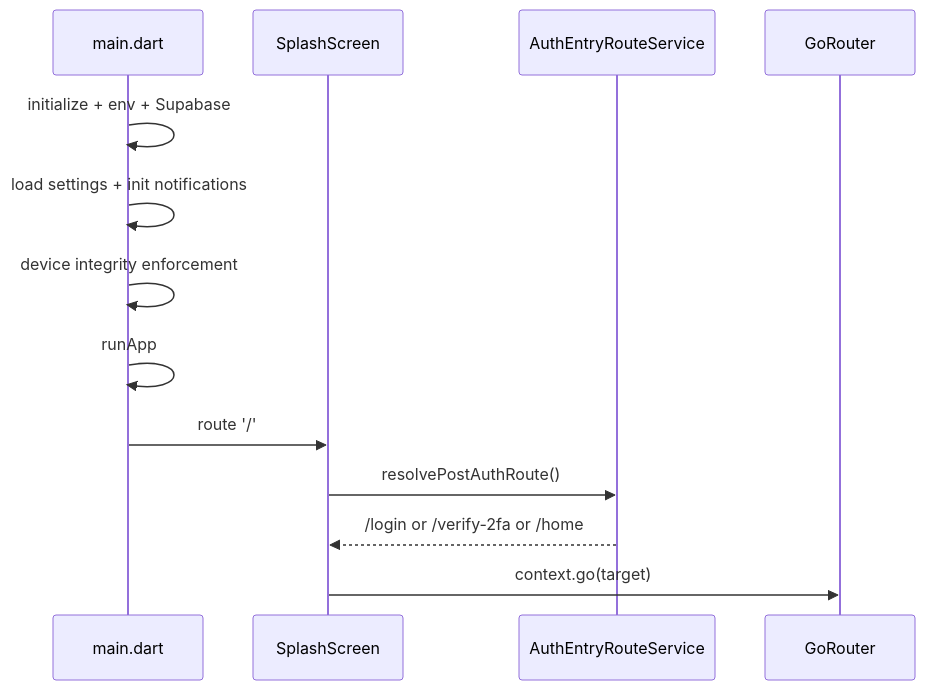
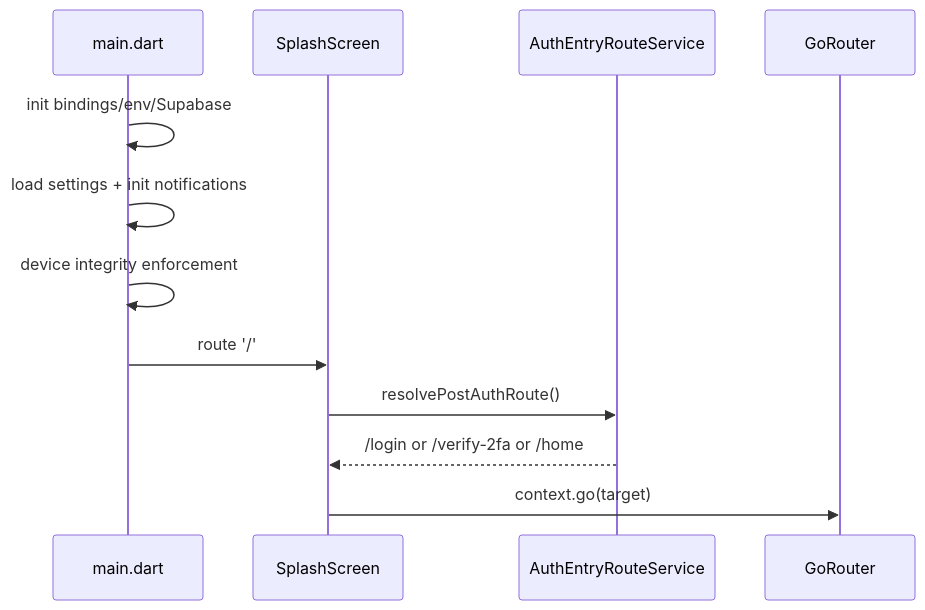
The diagram in docs/02_app_flow_and_navigation.md (muhammadanas656/daktarpi), drawn with Mermaid before and after one commit. The commit also changed other lines of this file and 81 other files, not shown here.

````diff
--- a/docs/02_app_flow_and_navigation.md
+++ b/docs/02_app_flow_and_navigation.md
@@ -5,16 +5,15 @@
 ```mermaid
 sequenceDiagram
     participant M as main.dart
     participant S as SplashScreen
     participant A as AuthEntryRouteService
     participant R as GoRouter
 
-    M->>M: initialize + env + Supabase
+    M->>M: init bindings/env/Supabase
     M->>M: load settings + init notifications
     M->>M: device integrity enforcement
-    M->>M: runApp
     M->>S: route '/'
     S->>A: resolvePostAuthRoute()
     A-->>S: /login or /verify-2fa or /home
     S->>R: context.go(target)
 ```
````
